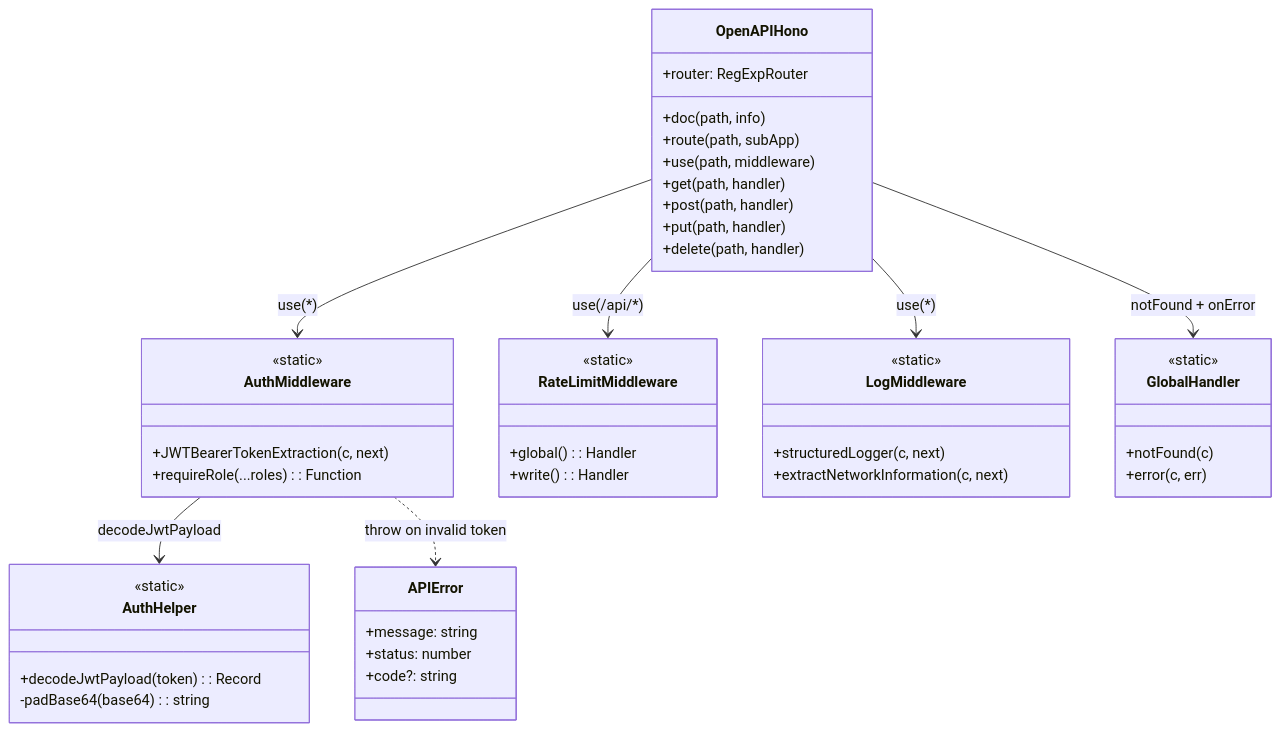
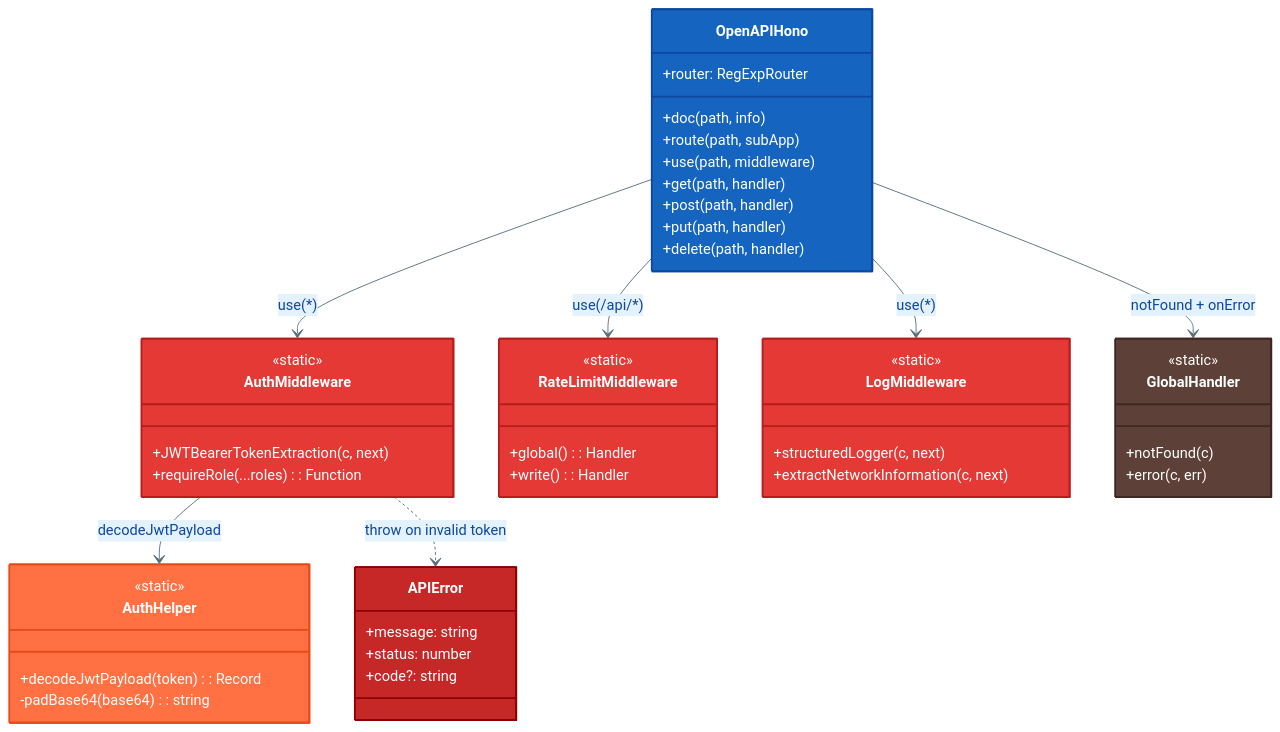
One commit to luna-gindra/c4-architecture-hono-api-seminar changed the third of 12 diagrams in architecture-c4-level4.md. Above: the diagram before and after it, drawn with Mermaid. The commit also changed other lines of this file and 1 other file, not shown here.

First line of the commit message:
🎨 Add colorful styling to all C4 architecture diagrams

````diff
--- a/architecture-c4-level4.md
+++ b/architecture-c4-level4.md
@@ -121,56 +171,70 @@
 ```mermaid
+%%{init: {"theme": "base", "themeVariables": {
+    "primaryColor": "#E3F2FD",
+    "primaryTextColor": "#0D47A1",
+    "lineColor": "#546E7A",
+    "fontSize": 13
+}}}%%
 classDiagram
     class OpenAPIHono {
         +router: RegExpRouter
         +doc(path, info)
         +route(path, subApp)
         +use(path, middleware)
         +get(path, handler)
         +post(path, handler)
         +put(path, handler)
         +delete(path, handler)
     }
 
     class AuthMiddleware {
         <<static>>
         +JWTBearerTokenExtraction(c, next)
         +requireRole(...roles): Function
     }
 
     class RateLimitMiddleware {
         <<static>>
         +global(): Handler
         +write(): Handler
     }
 
     class LogMiddleware {
         <<static>>
         +structuredLogger(c, next)
         +extractNetworkInformation(c, next)
     }
 
     class AuthHelper {
         <<static>>
         +decodeJwtPayload(token): Record
         -padBase64(base64): string
     }
 
     class APIError {
         +message: string
         +status: number
         +code?: string
     }
 
     class GlobalHandler {
         <<static>>
         +notFound(c)
         +error(c, err)
     }
 
     OpenAPIHono --> AuthMiddleware : use(*)
     OpenAPIHono --> RateLimitMiddleware : use(/api/*)
     OpenAPIHono --> LogMiddleware : use(*)
     OpenAPIHono --> GlobalHandler : notFound + onError
     AuthMiddleware --> AuthHelper : decodeJwtPayload
     AuthMiddleware ..> APIError : throw on invalid token
+
+    style OpenAPIHono fill:#1565C0,color:#fff,stroke:#0D47A1,stroke-width:2px
+    style AuthMiddleware fill:#E53935,color:#fff,stroke:#B71C1C,stroke-width:2px
+    style RateLimitMiddleware fill:#E53935,color:#fff,stroke:#B71C1C,stroke-width:2px
+    style LogMiddleware fill:#E53935,color:#fff,stroke:#B71C1C,stroke-width:2px
+    style AuthHelper fill:#FF7043,color:#fff,stroke:#E64A19,stroke-width:2px
+    style APIError fill:#C62828,color:#fff,stroke:#8E0000,stroke-width:2px
+    style GlobalHandler fill:#5D4037,color:#fff,stroke:#3E2723,stroke-width:2px
 ```
````
